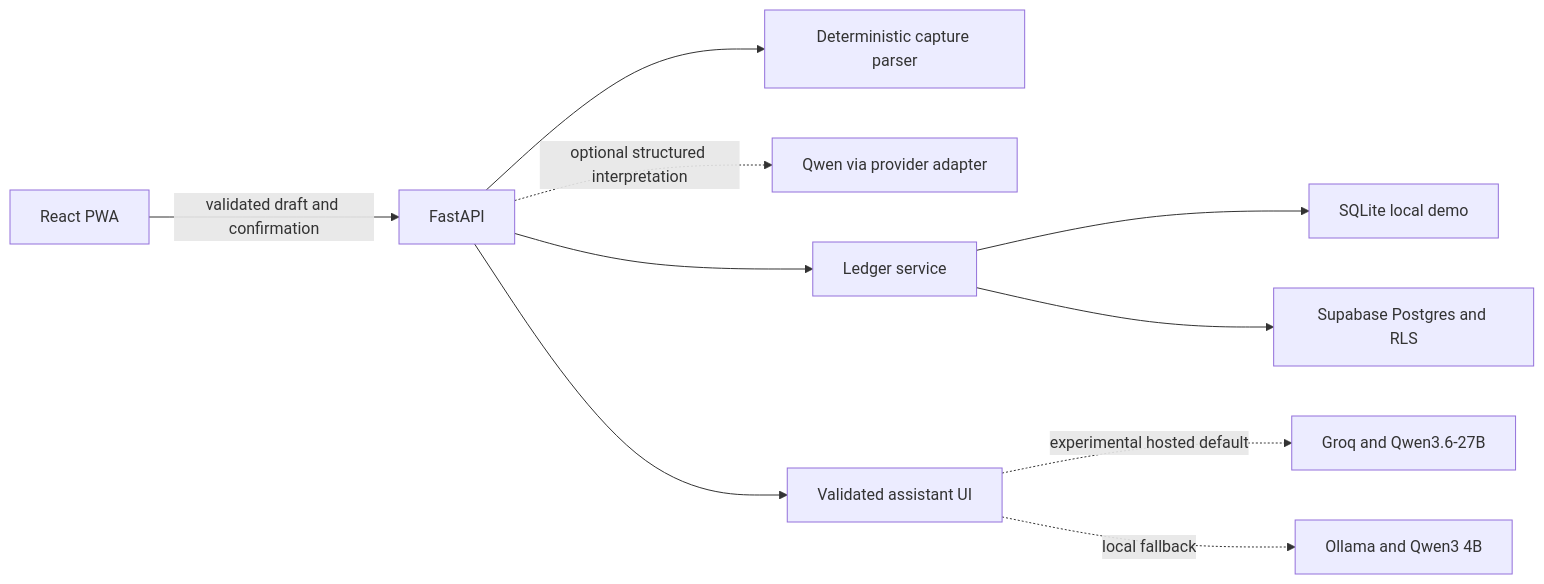
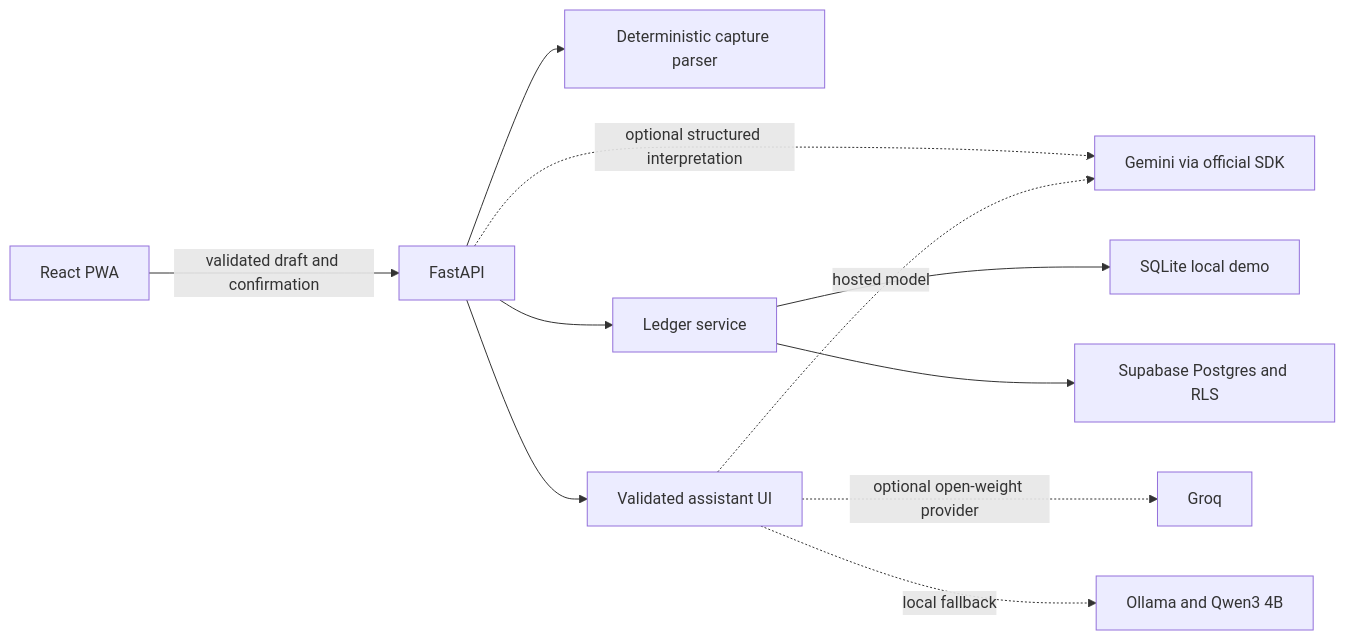
Before and after one commit to snayan06/artha: the diagram in README.md, drawn with Mermaid. The commit also changed other lines of this file and 23 other files, not shown here.

Commit message:
Add Gemini provider and cross-feature model gates

````diff
--- a/README.md
+++ b/README.md
@@ -55,12 +55,13 @@
 ```mermaid
 flowchart LR
     PWA["React PWA"] -->|"validated draft and confirmation"| API["FastAPI"]
     API --> PARSER["Deterministic capture parser"]
-    API -. "optional structured interpretation" .-> QWEN["Qwen via provider adapter"]
+    API -. "optional structured interpretation" .-> GEMINI["Gemini via official SDK"]
     API --> LEDGER["Ledger service"]
     LEDGER --> LOCAL["SQLite local demo"]
     LEDGER --> DB["Supabase Postgres and RLS"]
     API --> ASSISTANT["Validated assistant UI"]
-    ASSISTANT -. "experimental hosted default" .-> GROQ["Groq and Qwen3.6-27B"]
+    ASSISTANT -. "hosted model" .-> GEMINI
+    ASSISTANT -. "optional open-weight provider" .-> GROQ["Groq"]
     ASSISTANT -. "local fallback" .-> OLLAMA["Ollama and Qwen3 4B"]
 ```
````
